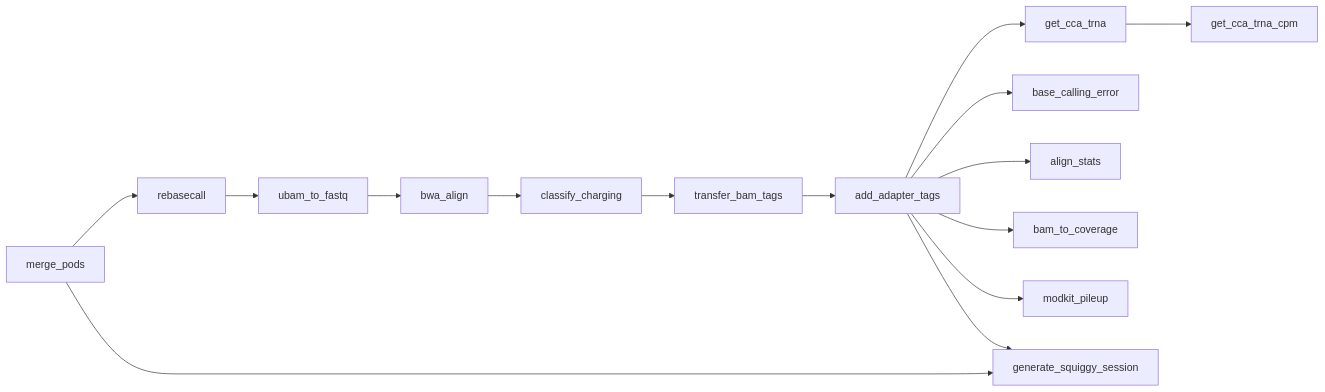
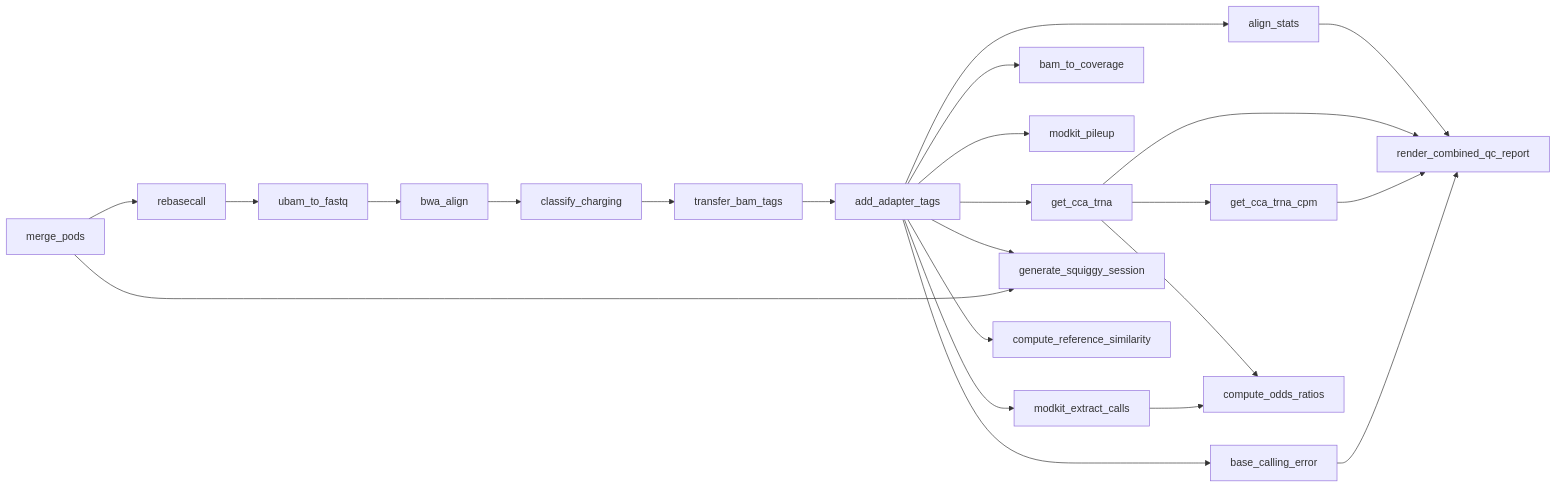
The diagram in docs/workflow/rules-reference.md (rnabioco/aa-tRNA-seq-pipeline), drawn with Mermaid before and after one commit. The commit also changed other lines of this file and 5 other files, not shown here.

````diff
--- a/docs/workflow/rules-reference.md
+++ b/docs/workflow/rules-reference.md
@@ -551,17 +657,25 @@
 ```mermaid
 flowchart LR
     merge_pods --> rebasecall
     rebasecall --> ubam_to_fastq
     ubam_to_fastq --> bwa_align
     bwa_align --> classify_charging
     classify_charging --> transfer_bam_tags
     transfer_bam_tags --> add_adapter_tags
     add_adapter_tags --> get_cca_trna
     add_adapter_tags --> base_calling_error
     add_adapter_tags --> align_stats
     add_adapter_tags --> bam_to_coverage
     add_adapter_tags --> modkit_pileup
+    add_adapter_tags --> modkit_extract_calls
     get_cca_trna --> get_cca_trna_cpm
+    get_cca_trna --> compute_odds_ratios
+    modkit_extract_calls --> compute_odds_ratios
     add_adapter_tags --> generate_squiggy_session
     merge_pods --> generate_squiggy_session
+    add_adapter_tags --> compute_reference_similarity
+    align_stats --> render_combined_qc_report
+    get_cca_trna --> render_combined_qc_report
+    get_cca_trna_cpm --> render_combined_qc_report
+    base_calling_error --> render_combined_qc_report
 ```
````
